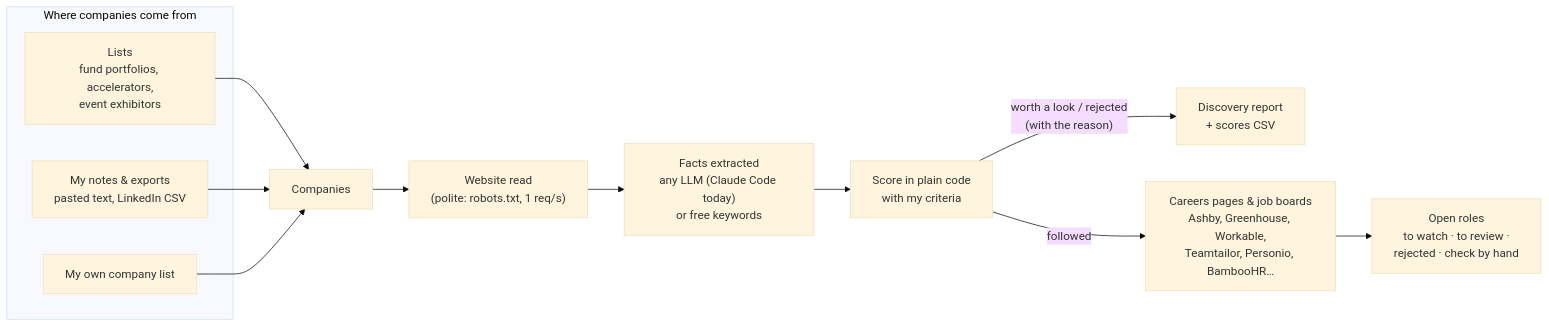
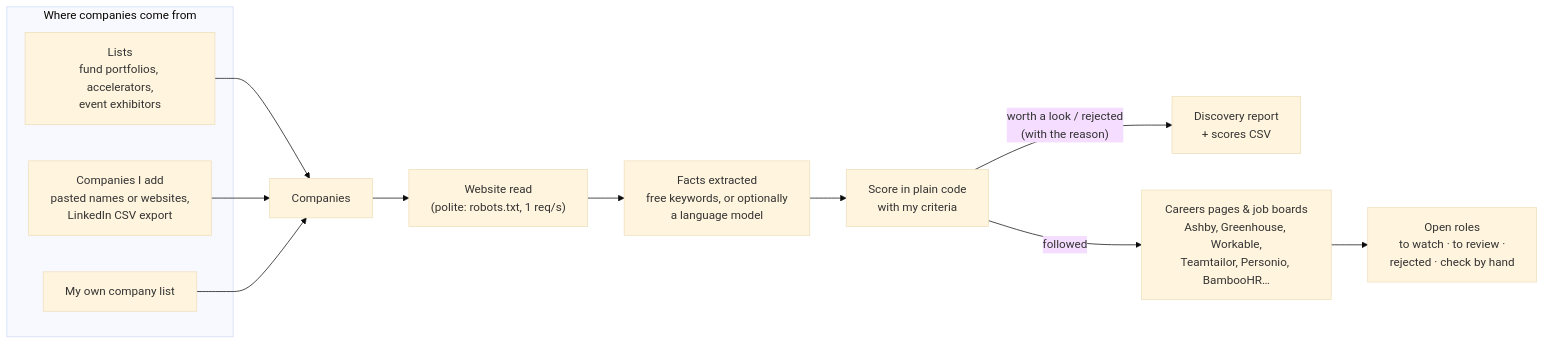
One commit to lauramcr/mission-aligned-careers changed the diagram in README.md. Above: the diagram before and after it, drawn with Mermaid (base theme). The commit also changed other lines of this file and 199 other files, not shown here.

````diff
--- a/README.md
+++ b/README.md
@@ -32,17 +22,17 @@
 ```mermaid
 flowchart LR
     subgraph IN[Where companies come from]
         L["Lists<br/>fund portfolios, accelerators,<br/>event exhibitors"]
-        N["My notes & exports<br/>pasted text, LinkedIn CSV"]
+        N["Companies I add<br/>pasted names or websites,<br/>LinkedIn CSV export"]
         Y["My own company list"]
     end
     L --> C[Companies]
     N --> C
     Y --> C
     C --> W["Website read<br/>(polite: robots.txt, 1 req/s)"]
-    W --> F["Facts extracted<br/>any LLM (Claude Code today)<br/>or free keywords"]
+    W --> F["Facts extracted<br/>free keywords, or optionally<br/>a language model"]
     F --> S["Score in plain code<br/>with my criteria"]
     S -->|"worth a look / rejected<br/>(with the reason)"| R1["Discovery report<br/>+ scores CSV"]
     S -->|followed| B["Careers pages & job boards<br/>Ashby, Greenhouse, Workable,<br/>Teamtailor, Personio, BambooHR…"]
     B --> J["Open roles<br/>to watch · to review ·<br/>rejected · check by hand"]
 ```
````
